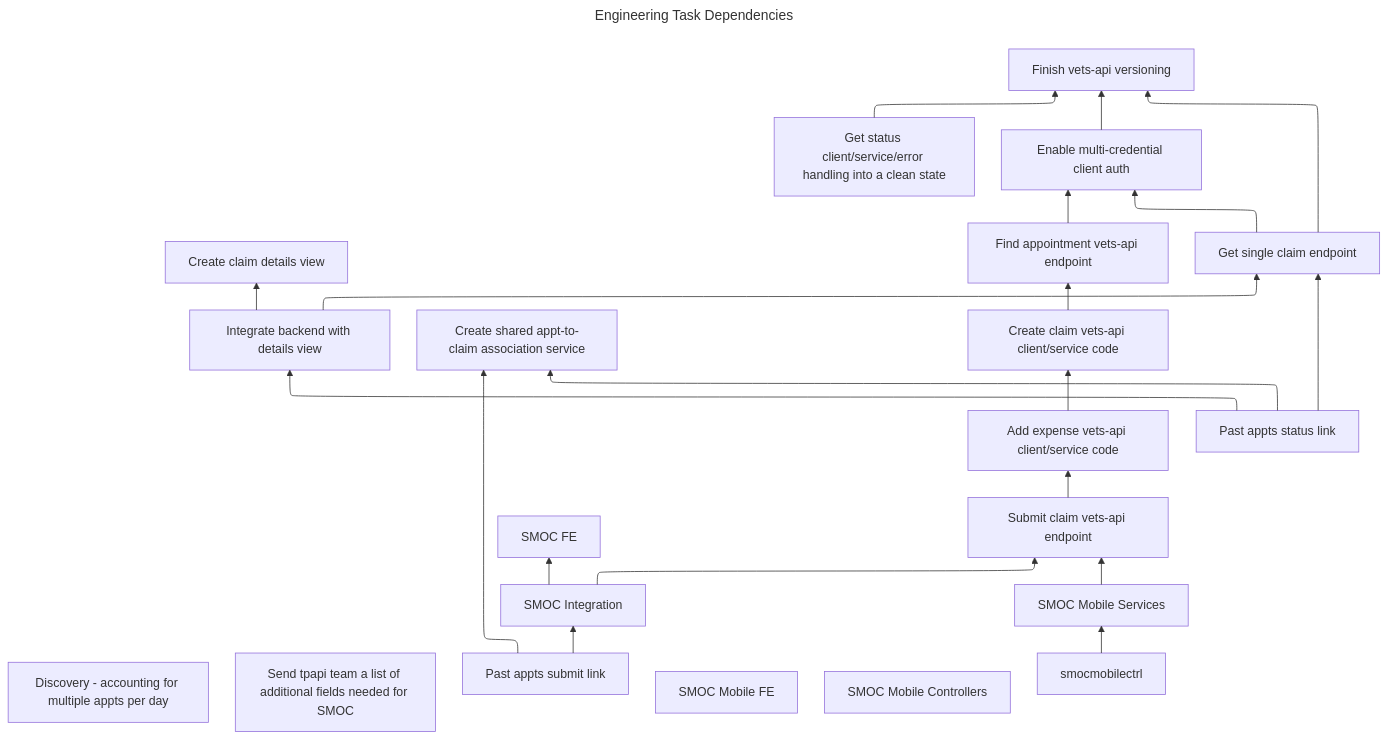
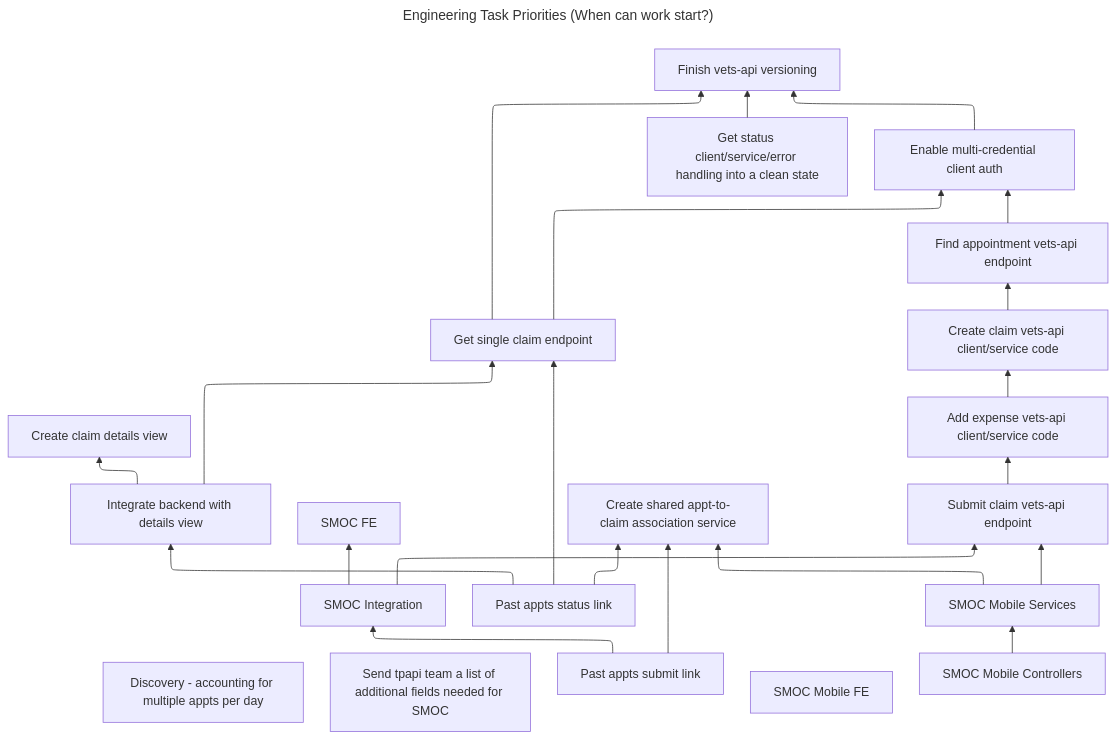
Before and after one commit to department-of-veterans-affairs/va.gov-team: the diagram in products/health-care/beneficiary-travel/engineering/dependencies.md, drawn with Mermaid. The commit also changed other lines of this file, not shown here.

````diff
--- a/products/health-care/beneficiary-travel/engineering/dependencies.md
+++ b/products/health-care/beneficiary-travel/engineering/dependencies.md
@@ -9,47 +9,48 @@
 ```mermaid
 ---
-title: Engineering Task Dependencies
+title: Engineering Task Priorities (When can work start?)
 ---
 flowchart BT
   %%{init: {"flowchart": {"defaultRenderer": "elk"}} }%%
   v[Finish vets-api versioning]
   clean[Get status client/service/error handling into a clean state]
   deetsfe[Create claim details view]
   deetsint[Integrate backend with details view]
   smocfe[SMOC FE]
   smocint[SMOC Integration]
   discappts[Discovery - accounting for multiple appts per day]
   tpapireq[Send tpapi team a list of additional fields needed for SMOC]
   findappt[Find appointment vets-api endpoint]
   getclaim[Get single claim endpoint]
   apptsclaims[Create shared appt-to-claim association service]
   multicred[Enable multi-credential client auth]
   makeclaim[Create claim vets-api client/service code]
   addexp[Add expense vets-api client/service code]
   subclaim[Submit claim vets-api endpoint]
   statusentry[Past appts status link]
   submitentry[Past appts submit link]
   smocmobilefe[SMOC Mobile FE]
   smocmobilesvc[SMOC Mobile Services]
-  smocmoblectrl[SMOC Mobile Controllers]
+  smocmobilectrl[SMOC Mobile Controllers]
 
   clean --> v
   getclaim --> v
   multicred --> v
   getclaim --> multicred
   deetsint --> deetsfe
   deetsint --> getclaim
   smocint --> smocfe
   findappt --> multicred
   makeclaim --> findappt
   addexp --> makeclaim
   subclaim --> addexp
   smocint --> subclaim
   statusentry --> apptsclaims
   submitentry --> apptsclaims
   statusentry --> getclaim
   statusentry --> deetsint
   submitentry --> smocint
+  smocmobilesvc --> apptsclaims
   smocmobilesvc --> subclaim
   smocmobilectrl --> smocmobilesvc
 ```
````
